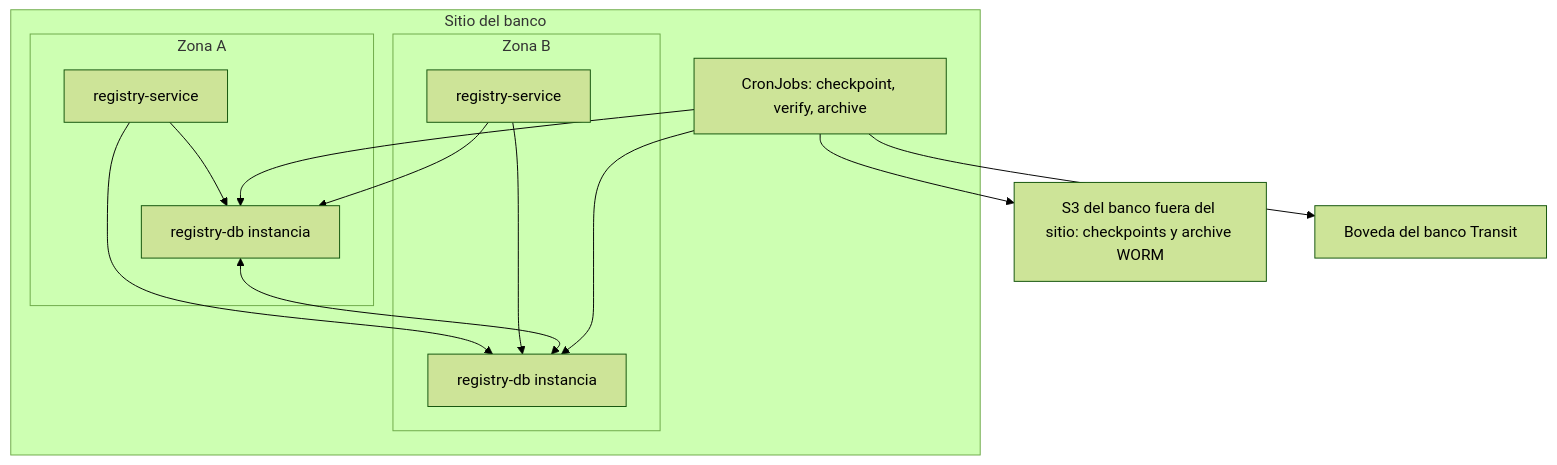
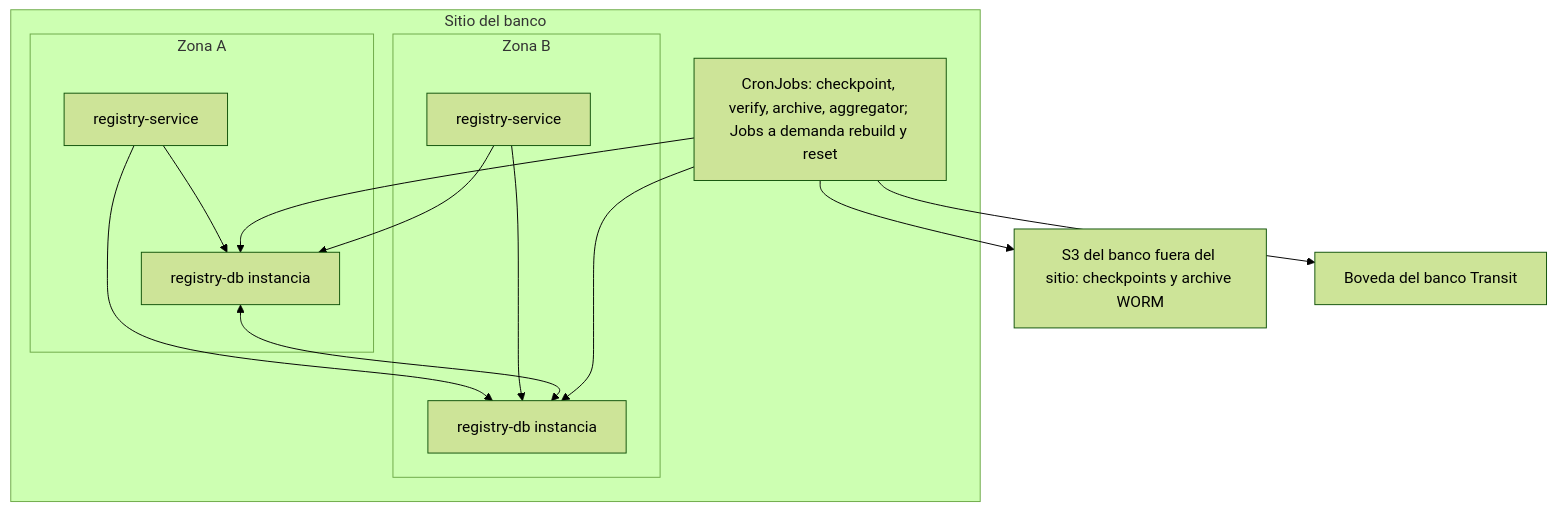
One commit to jjlloobb/topicos-especiales-credito-de-vivienda changed the diagram in vectra-risk/aidlc-docs/construction/decision-registry/infrastructure-design/deployment-architecture.md. Above: the diagram before and after it, drawn with Mermaid (forest theme). The commit also changed other lines of this file and 96 other files, not shown here.

````diff
--- a/vectra-risk/aidlc-docs/construction/decision-registry/infrastructure-design/deployment-architecture.md
+++ b/vectra-risk/aidlc-docs/construction/decision-registry/infrastructure-design/deployment-architecture.md
@@ -12,26 +12,26 @@
 ```mermaid
 flowchart TB
     subgraph site["Sitio del banco"]
         subgraph zoneA["Zona A"]
             svcA["registry-service"]
             pgA["registry-db instancia"]
         end
         subgraph zoneB["Zona B"]
             svcB["registry-service"]
             pgB["registry-db instancia"]
         end
-        jobs["CronJobs: checkpoint, verify, archive"]
+        jobs["CronJobs: checkpoint, verify, archive, aggregator; Jobs a demanda rebuild y reset"]
     end
     s3["S3 del banco fuera del sitio: checkpoints y archive WORM"]
     vault["Boveda del banco Transit"]
 
     svcA --> pgA
     svcB --> pgA
     svcA --> pgB
     svcB --> pgB
     pgA <--> pgB
     jobs --> pgA
     jobs --> pgB
     jobs --> s3
     jobs --> vault
 ```
````
